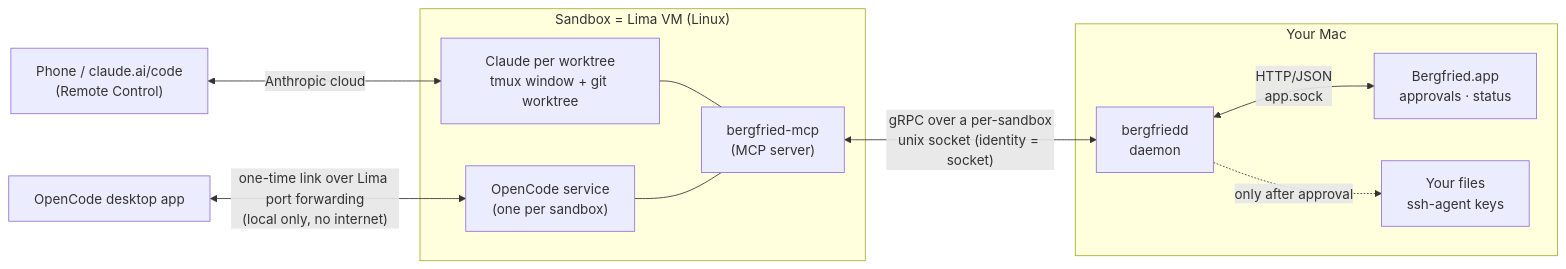
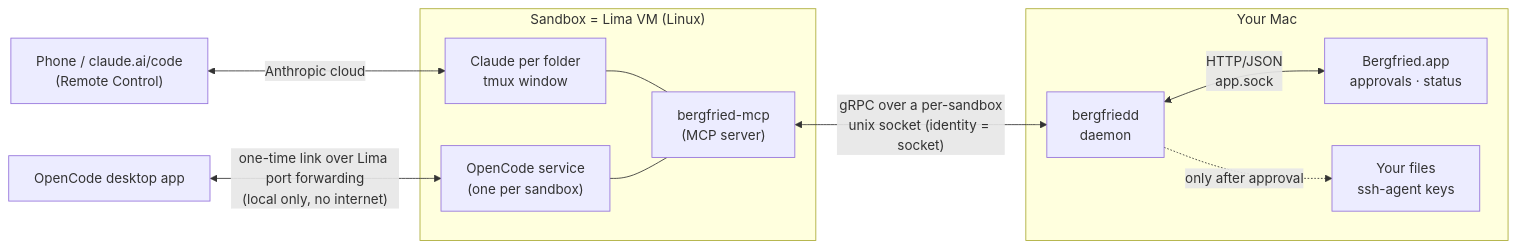
Before and after one commit to DevertNet/bergfried: the first of 2 diagrams in docs/ARCHITECTURE.md, drawn with Mermaid. The commit also changed other lines of this file and 52 other files, not shown here.

````diff
--- a/docs/ARCHITECTURE.md
+++ b/docs/ARCHITECTURE.md
@@ -6,22 +6,22 @@
 ```mermaid
 flowchart LR
   phone["Phone / claude.ai/code<br/>(Remote Control)"]
   desktop["OpenCode desktop app"]
   subgraph vm["Sandbox = Lima VM (Linux)"]
-    claude["Claude per worktree<br/>tmux window + git worktree"]
+    claude["Claude per folder<br/>tmux window"]
     oc["OpenCode service<br/>(one per sandbox)"]
     mcp["bergfried-mcp<br/>(MCP server)"]
     claude --- mcp
     oc --- mcp
   end
   subgraph mac["Your Mac"]
     daemon["bergfriedd<br/>daemon"]
     app["Bergfried.app<br/>approvals · status"]
     data["Your files<br/>ssh-agent keys"]
     daemon <-->|"HTTP/JSON<br/>app.sock"| app
     daemon -.->|"only after approval"| data
   end
   phone <-->|"Anthropic cloud"| claude
   desktop <-->|"one-time link over Lima port forwarding<br/>(local only, no internet)"| oc
   mcp <-->|"gRPC over a per-sandbox<br/>unix socket (identity = socket)"| daemon
 ```
````
